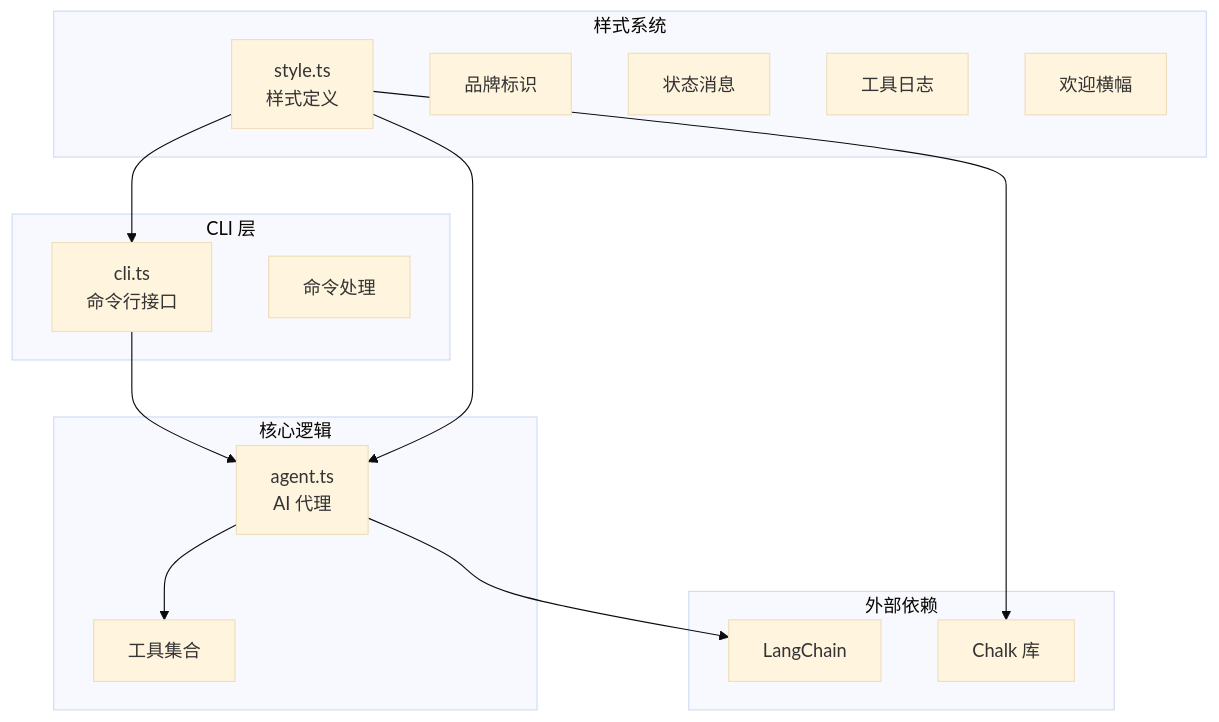
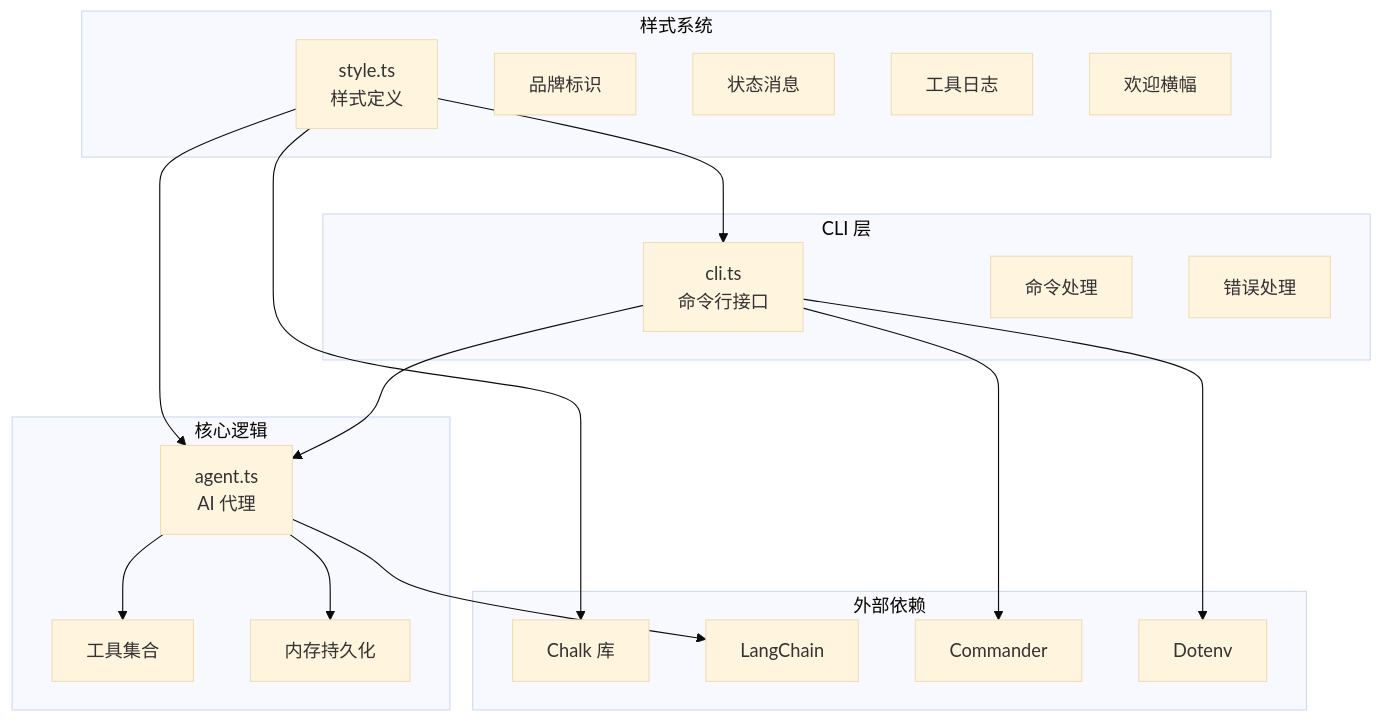
The first of 6 diagrams in .qoder/repowiki/zh/content/核心代理系统/样式系统.md (HAOFUYANG/onion-code), drawn with Mermaid (base theme) before and after one commit. The commit also changed other lines of this file and 5 other files, not shown here.

````diff
--- a/.qoder/repowiki/zh/content/核心代理系统/样式系统.md
+++ b/.qoder/repowiki/zh/content/核心代理系统/样式系统.md
@@ -36,28 +50,35 @@
 ```mermaid
 graph TB
 subgraph "样式系统"
 Style[style.ts<br/>样式定义]
 Brand[品牌标识]
 Status[状态消息]
 ToolLog[工具日志]
 Banner[欢迎横幅]
 end
 subgraph "CLI 层"
 CLI[cli.ts<br/>命令行接口]
 Commands[命令处理]
+ErrorHandling[错误处理]
 end
 subgraph "核心逻辑"
 Agent[agent.ts<br/>AI 代理]
 Tools[工具集合]
+Memory[内存持久化]
 end
 subgraph "外部依赖"
 Chalk[Chalk 库]
 LangChain[LangChain]
+Commander[Commander]
+Dotenv[Dotenv]
 end
 Style --> CLI
 Style --> Agent
 CLI --> Agent
 Agent --> Tools
+Agent --> Memory
 Style --> Chalk
 Agent --> LangChain
+CLI --> Commander
+CLI --> Dotenv
 ```
````
